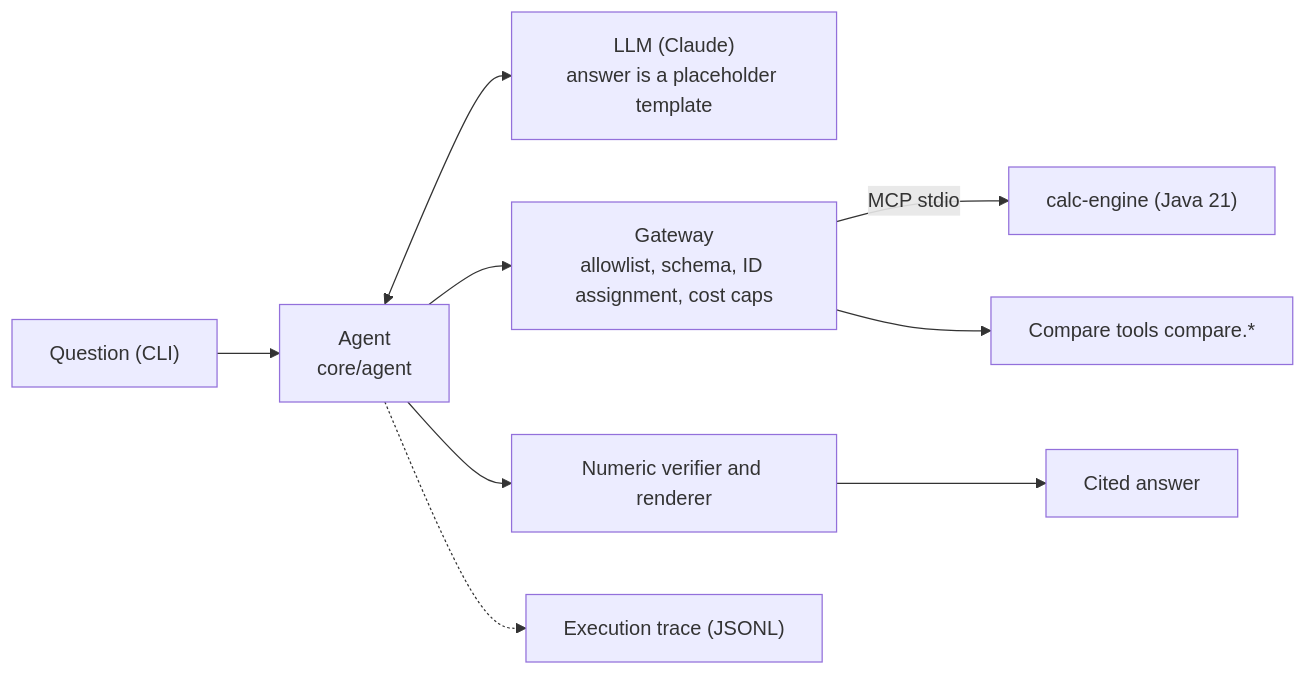
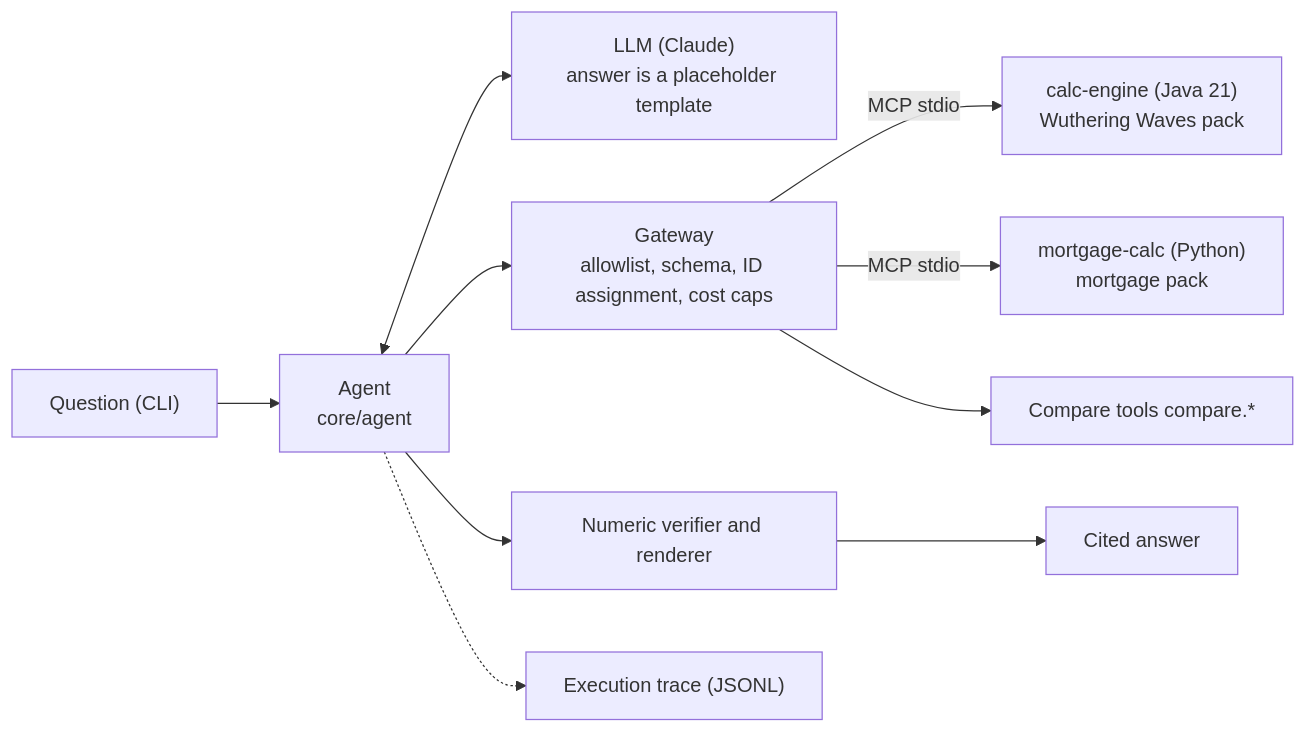
One commit to hexinlong9981/echolab changed the diagram in README.en.md. Above: the diagram before and after it, drawn with Mermaid. The commit also changed other lines of this file and 41 other files, not shown here.

````diff
--- a/README.en.md
+++ b/README.en.md
@@ -41,11 +41,12 @@
 ```mermaid
 flowchart LR
   Q["Question (CLI)"] --> A["Agent<br/>core/agent"]
   A <--> L["LLM (Claude)<br/>answer is a placeholder template"]
   A --> G["Gateway<br/>allowlist, schema, ID assignment, cost caps"]
-  G -->|MCP stdio| J["calc-engine (Java 21)"]
+  G -->|MCP stdio| J["calc-engine (Java 21)<br/>Wuthering Waves pack"]
+  G -->|MCP stdio| M["mortgage-calc (Python)<br/>mortgage pack"]
   G --> K["Compare tools compare.*"]
   A --> V["Numeric verifier and renderer"]
   V --> R["Cited answer"]
   A -.-> T["Execution trace (JSONL)"]
 ```
````
